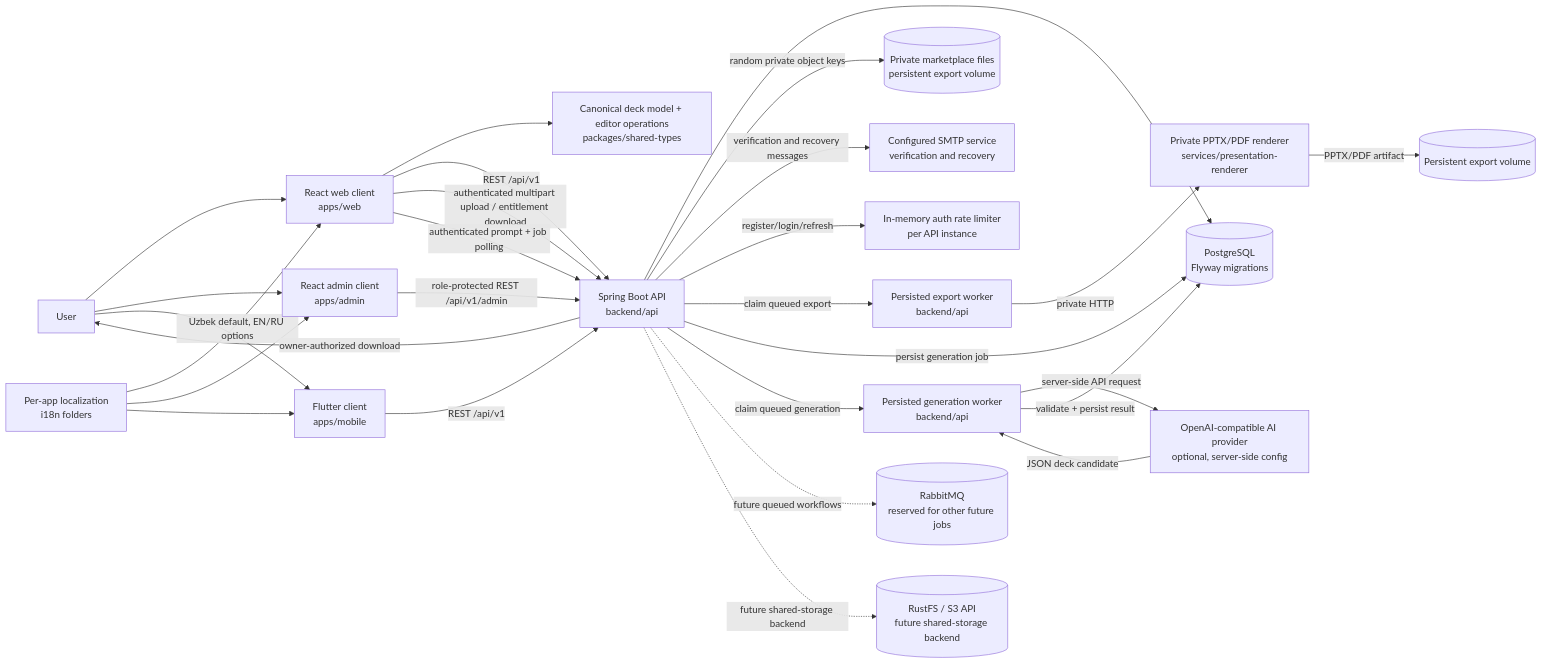
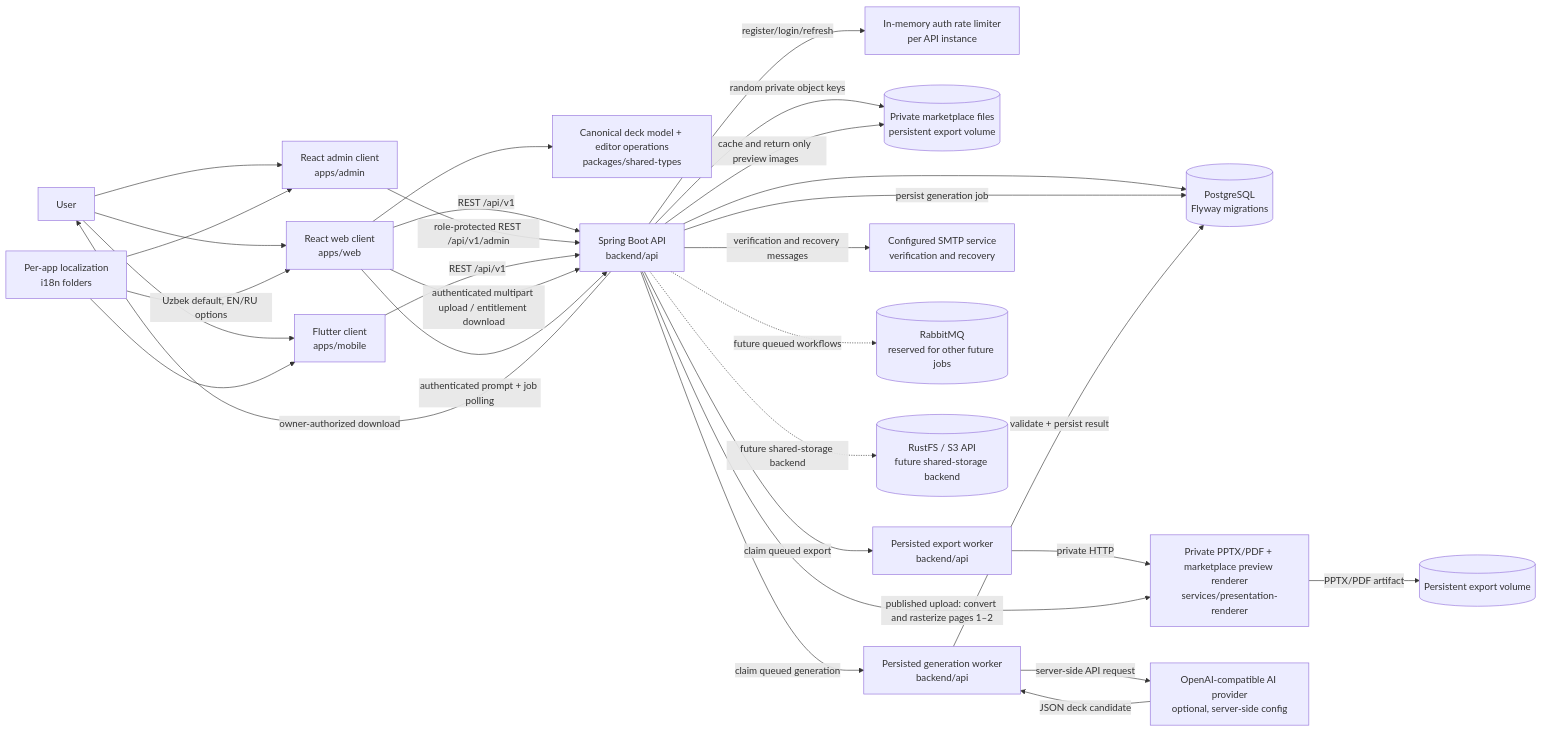
One commit to encodeschool/SLIDE_APP changed the first of 3 diagrams in docs/PROJECT_MAP.md. Above: the diagram before and after it, drawn with Mermaid. The commit also changed other lines of this file and 86 other files, not shown here.

````diff
--- a/docs/PROJECT_MAP.md
+++ b/docs/PROJECT_MAP.md
@@ -7,49 +7,51 @@
 ```mermaid
 flowchart LR
     User[User]
     Web[React web client<br/>apps/web]
     Admin[React admin client<br/>apps/admin]
     Mobile[Flutter client<br/>apps/mobile]
     I18n[Per-app localization<br/>i18n folders]
     Shared[Canonical deck model + editor operations<br/>packages/shared-types]
     API[Spring Boot API<br/>backend/api]
     AuthLimit[In-memory auth rate limiter<br/>per API instance]
     DB[(PostgreSQL<br/>Flyway migrations)]
     MarketplaceFiles[(Private marketplace files<br/>persistent export volume)]
     Worker[Persisted export worker<br/>backend/api]
-    Renderer[Private PPTX/PDF renderer<br/>services/presentation-renderer]
+    Renderer[Private PPTX/PDF + marketplace preview renderer<br/>services/presentation-renderer]
     Files[(Persistent export volume)]
     GenerationWorker[Persisted generation worker<br/>backend/api]
     AIProvider[OpenAI-compatible AI provider<br/>optional, server-side config]
     Mail[Configured SMTP service<br/>verification and recovery]
     Queue[(RabbitMQ<br/>reserved for other future jobs)]
     Storage[(RustFS / S3 API<br/>future shared-storage backend)]
 
     User --> Web
     User --> Admin
     User --> Mobile
     I18n -->|Uzbek default, EN/RU options| Web
     I18n --> Admin
     I18n --> Mobile
     Web --> Shared
     Web -->|REST /api/v1| API
     Admin -->|role-protected REST /api/v1/admin| API
     Mobile -->|REST /api/v1| API
     API --> DB
     API -->|random private object keys| MarketplaceFiles
     Web -->|authenticated multipart upload / entitlement download| API
     API -->|verification and recovery messages| Mail
     API -->|register/login/refresh| AuthLimit
     API -->|claim queued export| Worker
     Web -->|authenticated prompt + job polling| API
     API -->|persist generation job| DB
     API -->|claim queued generation| GenerationWorker
     GenerationWorker -->|server-side API request| AIProvider
     AIProvider -->|JSON deck candidate| GenerationWorker
     GenerationWorker -->|validate + persist result| DB
     Worker -->|private HTTP| Renderer
+    API -->|published upload: convert and rasterize pages 1–2| Renderer
+    API -->|cache and return only preview images| MarketplaceFiles
     Renderer -->|PPTX/PDF artifact| Files
     API -->|owner-authorized download| User
     API -. future queued workflows .-> Queue
     API -. future shared-storage backend .-> Storage
 ```
````
